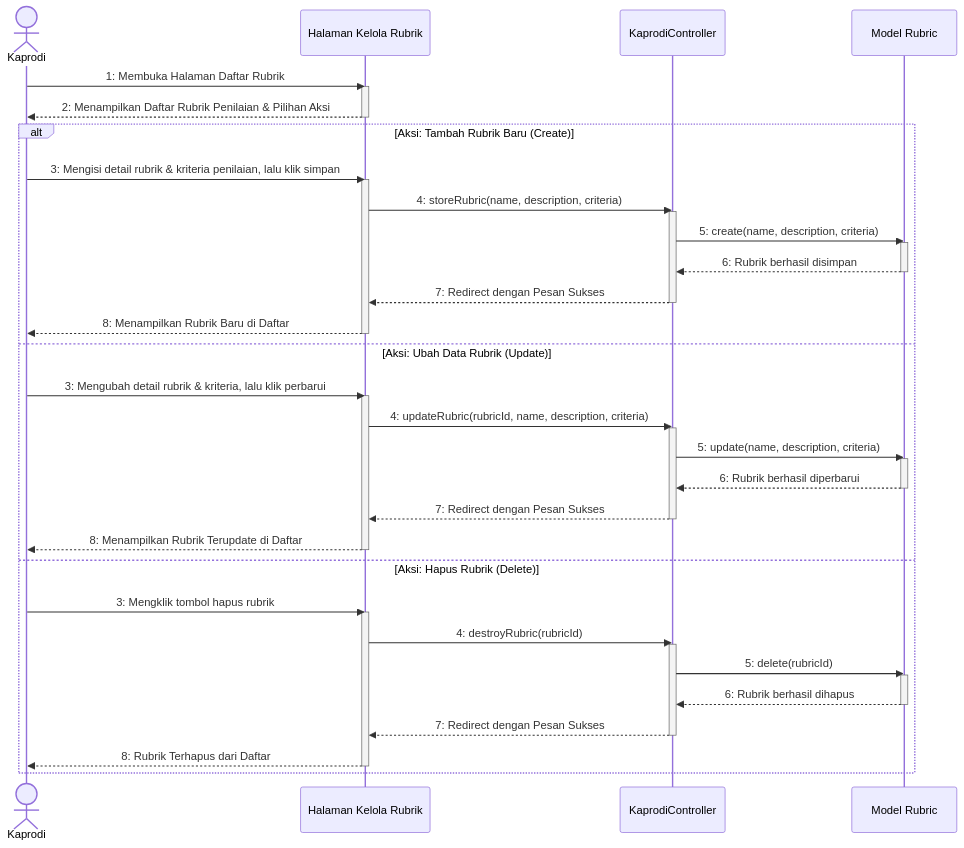
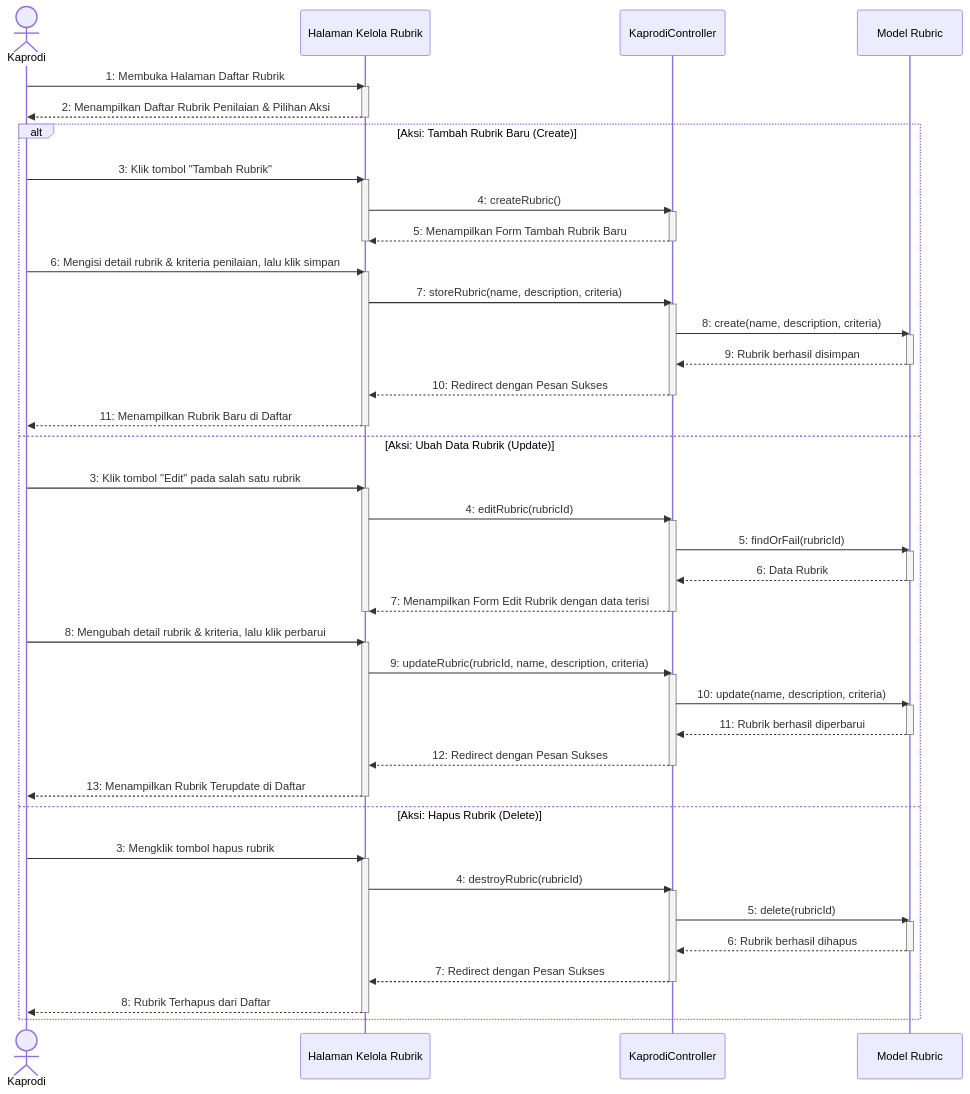
One commit to Duandi04/ta_submission changed the diagram in docs/uml/Sequence Diagram/Kaprodi/sequence_diagram_kelola_rubrik_penilaian.md. Above: the diagram before and after it, drawn with Mermaid. The commit also changed 28 other files, not shown here.

Commit message:
refactor: implement program study settings and update UML documentation for Kaprodi configuration

````diff
--- a/docs/uml/Sequence Diagram/Kaprodi/sequence_diagram_kelola_rubrik_penilaian.md
+++ b/docs/uml/Sequence Diagram/Kaprodi/sequence_diagram_kelola_rubrik_penilaian.md
@@ -5,61 +5,81 @@
 ```mermaid
 sequenceDiagram
     actor Kaprodi as Kaprodi
     participant UI as Halaman Kelola Rubrik
     participant Ctrl as KaprodiController
     participant Model as Model Rubric
 
     %% ==========================================
     %% TAHAP AWAL: MEMBUKA HALAMAN DAFTAR RUBRIK
     %% ==========================================
     Kaprodi->>UI: 1: Membuka Halaman Daftar Rubrik
     activate UI
     UI-->>Kaprodi: 2: Menampilkan Daftar Rubrik Penilaian & Pilihan Aksi
     deactivate UI
 
     %% ==========================================
     %% TAHAP LANJUTAN: PILIHAN TINDAKAN (ALT BLOCK)
     %% ==========================================
     alt Aksi: Tambah Rubrik Baru (Create)
-        Kaprodi->>UI: 3: Mengisi detail rubrik & kriteria penilaian, lalu klik simpan
+        Kaprodi->>UI: 3: Klik tombol "Tambah Rubrik"
         activate UI
-        UI->>Ctrl: 4: storeRubric(name, description, criteria)
+        UI->>Ctrl: 4: createRubric()
         activate Ctrl
-        Ctrl->>Model: 5: create(name, description, criteria)
+        Ctrl-->>UI: 5: Menampilkan Form Tambah Rubrik Baru
+        deactivate Ctrl
+        deactivate UI
+
+        Kaprodi->>UI: 6: Mengisi detail rubrik & kriteria penilaian, lalu klik simpan
+        activate UI
+        UI->>Ctrl: 7: storeRubric(name, description, criteria)
+        activate Ctrl
+        Ctrl->>Model: 8: create(name, description, criteria)
         activate Model
-        Model-->>Ctrl: 6: Rubrik berhasil disimpan
+        Model-->>Ctrl: 9: Rubrik berhasil disimpan
         deactivate Model
-        Ctrl-->>UI: 7: Redirect dengan Pesan Sukses
+        Ctrl-->>UI: 10: Redirect dengan Pesan Sukses
         deactivate Ctrl
-        UI-->>Kaprodi: 8: Menampilkan Rubrik Baru di Daftar
+        UI-->>Kaprodi: 11: Menampilkan Rubrik Baru di Daftar
         deactivate UI
 
     else Aksi: Ubah Data Rubrik (Update)
-        Kaprodi->>UI: 3: Mengubah detail rubrik & kriteria, lalu klik perbarui
+        Kaprodi->>UI: 3: Klik tombol "Edit" pada salah satu rubrik
         activate UI
-        UI->>Ctrl: 4: updateRubric(rubricId, name, description, criteria)
+        UI->>Ctrl: 4: editRubric(rubricId)
         activate Ctrl
-        Ctrl->>Model: 5: update(name, description, criteria)
+        Ctrl->>Model: 5: findOrFail(rubricId)
         activate Model
-        Model-->>Ctrl: 6: Rubrik berhasil diperbarui
+        Model-->>Ctrl: 6: Data Rubrik
         deactivate Model
-        Ctrl-->>UI: 7: Redirect dengan Pesan Sukses
+        Ctrl-->>UI: 7: Menampilkan Form Edit Rubrik dengan data terisi
         deactivate Ctrl
-        UI-->>Kaprodi: 8: Menampilkan Rubrik Terupdate di Daftar
+        deactivate UI
+
+        Kaprodi->>UI: 8: Mengubah detail rubrik & kriteria, lalu klik perbarui
+        activate UI
+        UI->>Ctrl: 9: updateRubric(rubricId, name, description, criteria)
+        activate Ctrl
+        Ctrl->>Model: 10: update(name, description, criteria)
+        activate Model
+        Model-->>Ctrl: 11: Rubrik berhasil diperbarui
+        deactivate Model
+        Ctrl-->>UI: 12: Redirect dengan Pesan Sukses
+        deactivate Ctrl
+        UI-->>Kaprodi: 13: Menampilkan Rubrik Terupdate di Daftar
         deactivate UI
 
     else Aksi: Hapus Rubrik (Delete)
         Kaprodi->>UI: 3: Mengklik tombol hapus rubrik
         activate UI
         UI->>Ctrl: 4: destroyRubric(rubricId)
         activate Ctrl
         Ctrl->>Model: 5: delete(rubricId)
         activate Model
         Model-->>Ctrl: 6: Rubrik berhasil dihapus
         deactivate Model
         Ctrl-->>UI: 7: Redirect dengan Pesan Sukses
         deactivate Ctrl
         UI-->>Kaprodi: 8: Rubrik Terhapus dari Daftar
         deactivate UI
     end
 ```
````
